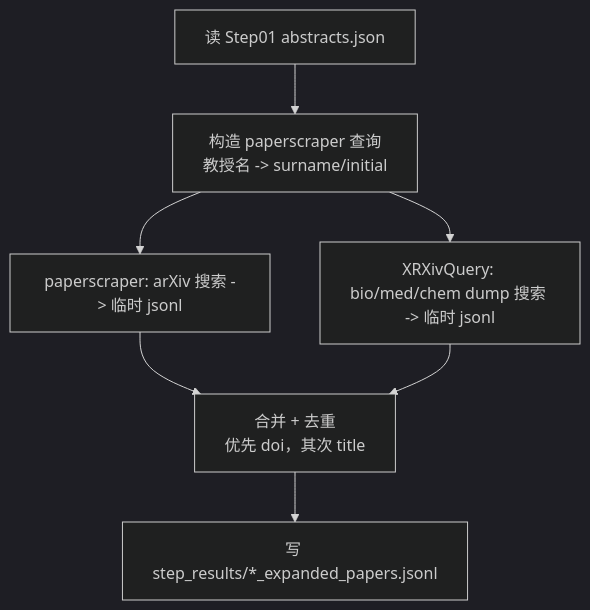
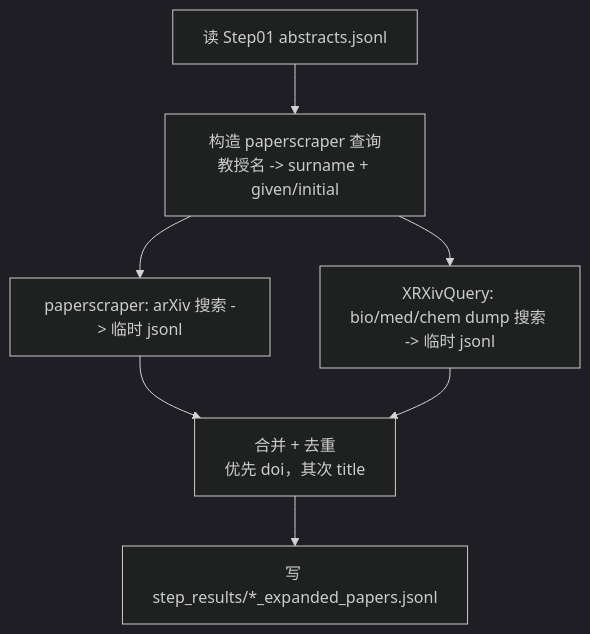
One commit to 12345-user/DataCollectionProject changed the diagram in README.md. Above: the diagram before and after it, drawn with Mermaid (dark theme). The commit also changed other lines of this file, not shown here.

First line of the commit message:
Update README for Step02 local-first execution.

````diff
--- a/README.md
+++ b/README.md
@@ -28,9 +28,9 @@
 ```mermaid
 flowchart TD
-    A[读 Step01 abstracts.json] --> B[构造 paperscraper 查询\n教授名 -> surname/initial]
+    A[读 Step01 abstracts.jsonl] --> B[构造 paperscraper 查询\n教授名 -> surname + given/initial]
     B --> C1[paperscraper: arXiv 搜索 -> 临时 jsonl]
     B --> C2[XRXivQuery: bio/med/chem dump 搜索 -> 临时 jsonl]
     C1 --> D[合并 + 去重\n优先 doi，其次 title]
     C2 --> D
     D --> E[写 step_results/*_expanded_papers.jsonl]
 ```
````
